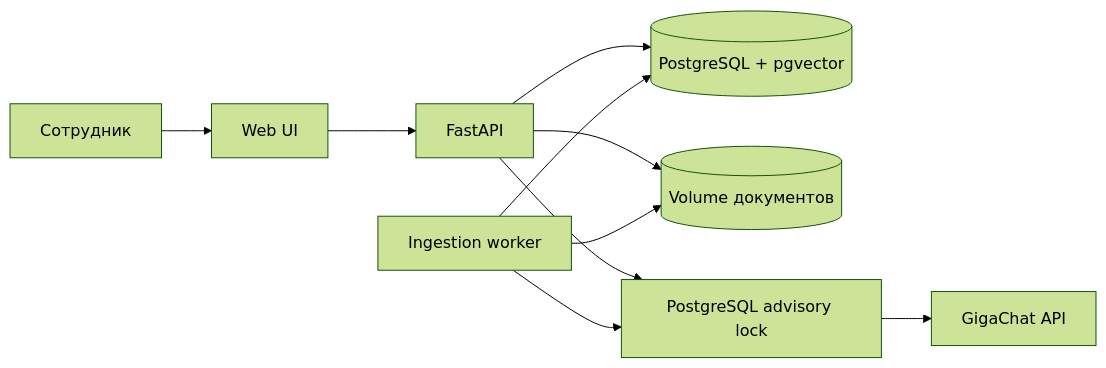
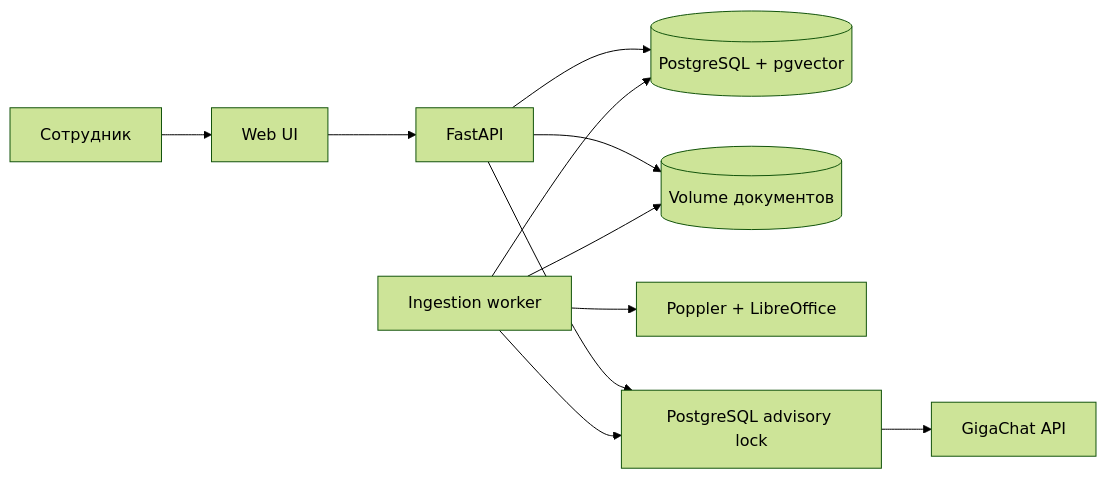
Before and after one commit to TBWTK/corporate-rag: the first of 4 diagrams in docs/ARCHITECTURE.md, drawn with Mermaid (forest theme). The commit also changed other lines of this file and 77 other files, not shown here.

````diff
--- a/docs/ARCHITECTURE.md
+++ b/docs/ARCHITECTURE.md
@@ -14,12 +19,13 @@
 ```mermaid
 flowchart LR
   User["Сотрудник"] --> Web["Web UI"]
   Web --> API["FastAPI"]
   API --> DB[("PostgreSQL + pgvector")]
   API --> Files[("Volume документов")]
   Worker["Ingestion worker"] --> DB
   Worker --> Files
+  Worker --> Render["Poppler + LibreOffice"]
   API --> Lock["PostgreSQL advisory lock"]
   Worker --> Lock
   Lock --> Giga["GigaChat API"]
 ```
````
